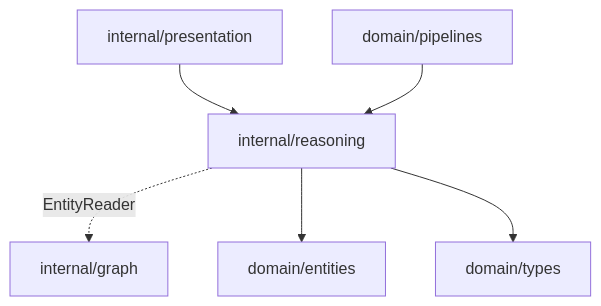
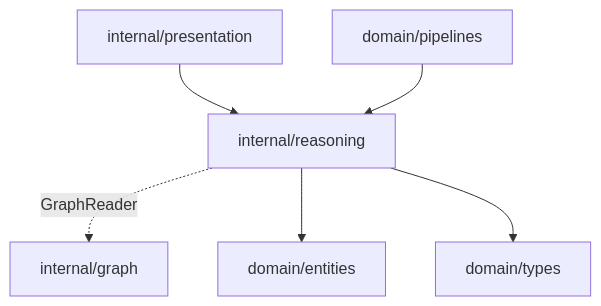
The second of 2 diagrams in internal/reasoning/README.md (sx-tane/context-os), drawn with Mermaid before and after one commit. The commit also changed other lines of this file and 74 other files, not shown here.

Commit message:
feat: complete core intelligence + graph reasoning epics (#25 #26)

````diff
--- a/internal/reasoning/README.md
+++ b/internal/reasoning/README.md
@@ -58,15 +68,15 @@
 ```mermaid
 flowchart TD
   reasoning[internal/reasoning]
   ctxgraph[internal/graph]
   entities[domain/entities]
   types[domain/types]
   presentation[internal/presentation]
   pipeline[domain/pipelines]
 
-  reasoning -. EntityReader .-> ctxgraph
+  reasoning -. GraphReader .-> ctxgraph
   reasoning --> entities
   reasoning --> types
   presentation --> reasoning
   pipeline --> reasoning
 ```
````
